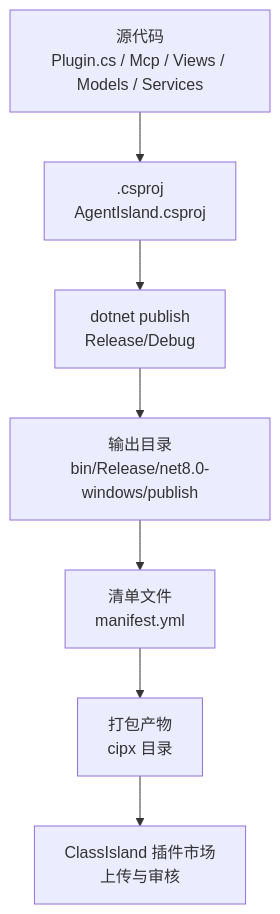
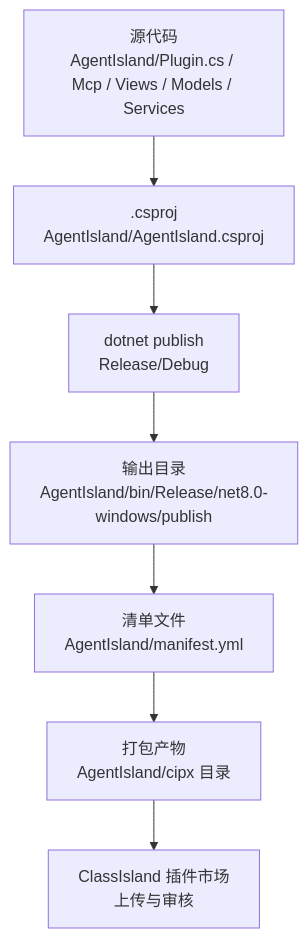
The first of 4 diagrams in .qoder/repowiki/zh/content/开发指南/构建与发布.md (ShihaoShenDev/AgentIsland), drawn with Mermaid before and after one commit. The commit also changed other lines of this file and 31 other files, not shown here.

````diff
--- a/.qoder/repowiki/zh/content/开发指南/构建与发布.md
+++ b/.qoder/repowiki/zh/content/开发指南/构建与发布.md
@@ -45,9 +56,9 @@
 ```mermaid
 graph TB
-A["源代码<br/>Plugin.cs / Mcp / Views / Models / Services"] --> B[".csproj<br/>AgentIsland.csproj"]
+A["源代码<br/>AgentIsland/Plugin.cs / Mcp / Views / Models / Services"] --> B[".csproj<br/>AgentIsland/AgentIsland.csproj"]
 B --> C["dotnet publish<br/>Release/Debug"]
-C --> D["输出目录<br/>bin/Release/net8.0-windows/publish"]
-D --> E["清单文件<br/>manifest.yml"]
-E --> F["打包产物<br/>cipx 目录"]
+C --> D["输出目录<br/>AgentIsland/bin/Release/net8.0-windows/publish"]
+D --> E["清单文件<br/>AgentIsland/manifest.yml"]
+E --> F["打包产物<br/>AgentIsland/cipx 目录"]
 F --> G["ClassIsland 插件市场<br/>上传与审核"]
 ```
````
